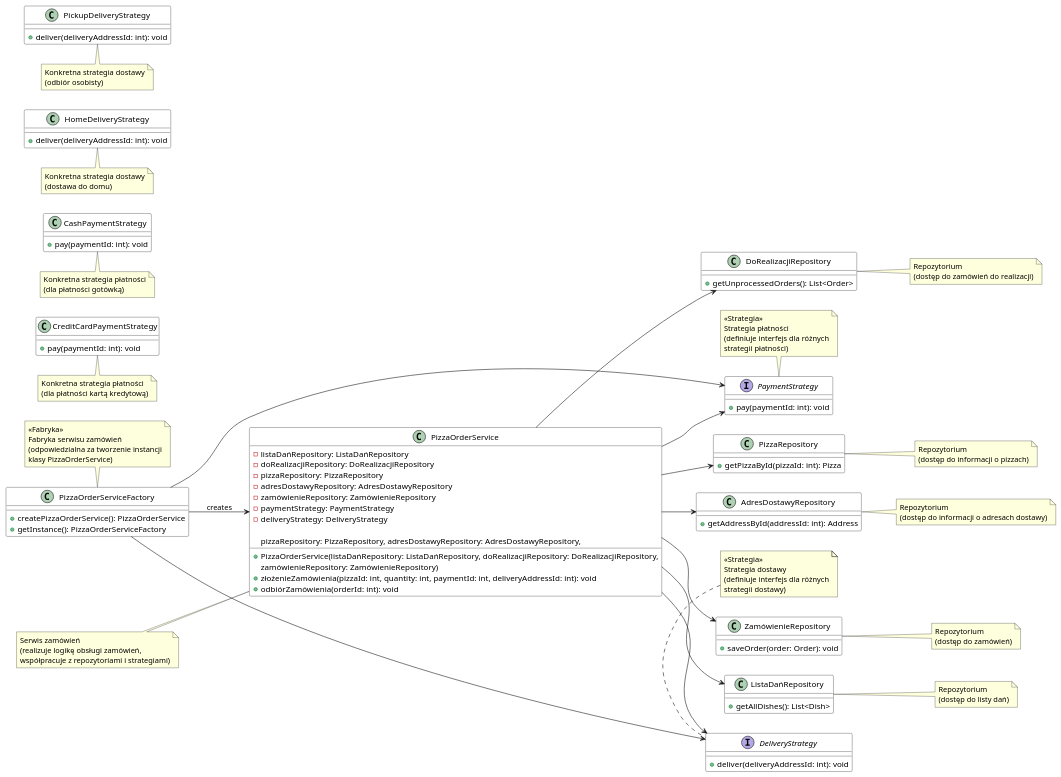
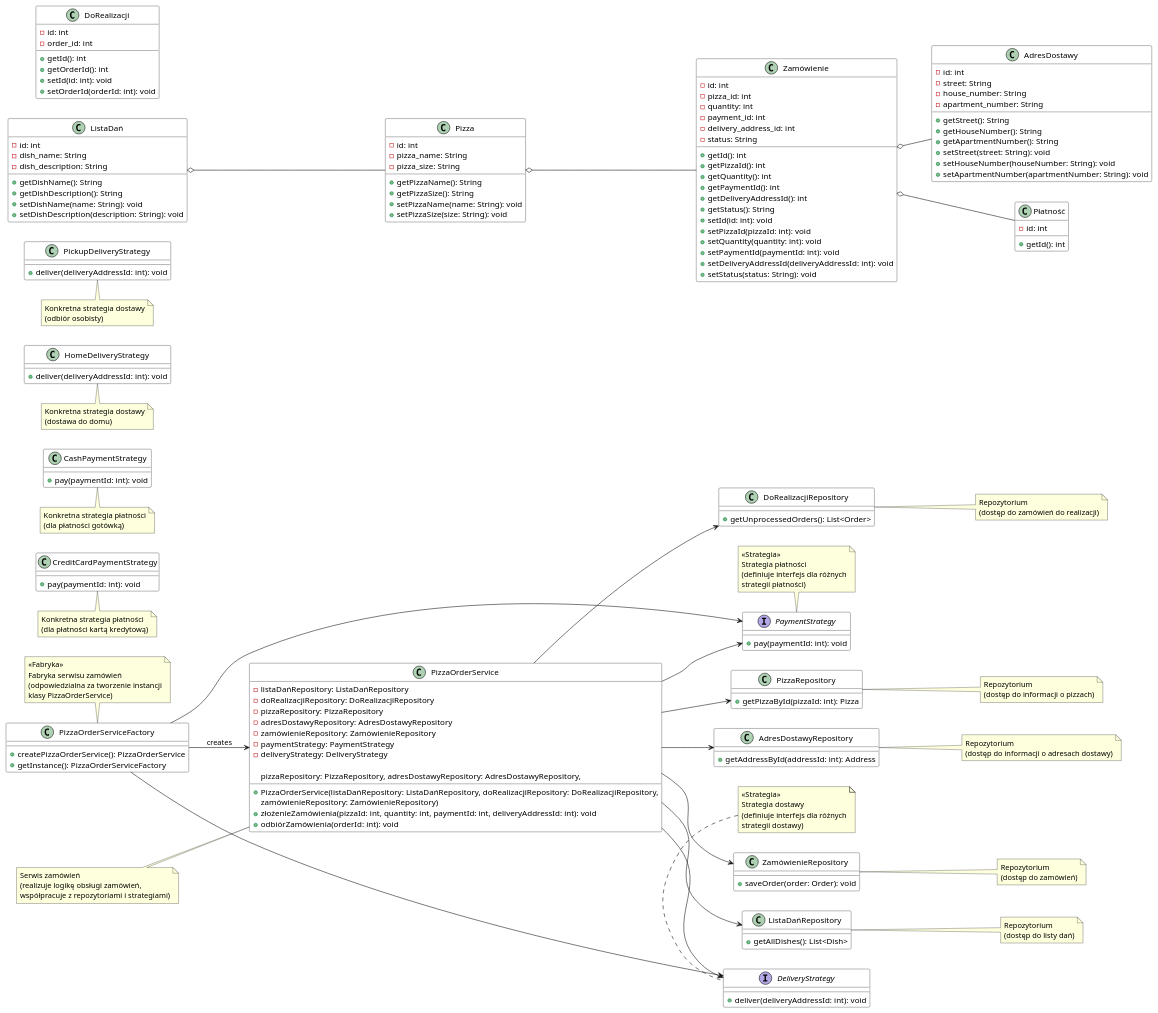
One commit to siudeks/alek-dev changed the diagram in alek-klasy.puml. Above: the diagram before and after it, drawn with PlantUML.

```diff
--- a/alek-klasy.puml
+++ b/alek-klasy.puml
@@ -78,108 +1,180 @@
 @startuml
+class ListaDań {
+  -id: int
+  -dish_name: String
+  -dish_description: String
+  +getDishName(): String
+  +getDishDescription(): String
+  +setDishName(name: String): void
+  +setDishDescription(description: String): void
+}
+
+class DoRealizacji {
+  -id: int
+  -order_id: int
+  +getId(): int
+  +getOrderId(): int
+  +setId(id: int): void
+  +setOrderId(orderId: int): void
+}
+
+class Pizza {
+  -id: int
+  -pizza_name: String
+  -pizza_size: String
+  +getPizzaName(): String
+  +getPizzaSize(): String
+  +setPizzaName(name: String): void
+  +setPizzaSize(size: String): void
+}
+
+class AdresDostawy {
+  -id: int
+  -street: String
+  -house_number: String
+  -apartment_number: String
+  +getStreet(): String
+  +getHouseNumber(): String
+  +getApartmentNumber(): String
+  +setStreet(street: String): void
+  +setHouseNumber(houseNumber: String): void
+  +setApartmentNumber(apartmentNumber: String): void
+}
+
+class Zamówienie {
+  -id: int
+  -pizza_id: int
+  -quantity: int
+  -payment_id: int
+  -delivery_address_id: int
+  -status: String
+  +getId(): int
+  +getPizzaId(): int
+  +getQuantity(): int
+  +getPaymentId(): int
+  +getDeliveryAddressId(): int
+  +getStatus(): String
+  +setId(id: int): void
+  +setPizzaId(pizzaId: int): void
+  +setQuantity(quantity: int): void
+  +setPaymentId(paymentId: int): void
+  +setDeliveryAddressId(deliveryAddressId: int): void
+  +setStatus(status: String): void
+}
+
+class Płatność {
+  -id: int
+  +getId(): int
+}
+
+ListaDań o-- Pizza
+Pizza o-- Zamówienie
+Zamówienie o-- AdresDostawy
+Zamówienie o-- Płatność
 
 skinparam class {
     BackgroundColor White
     BorderColor Black
 }
 
 left to right direction
 
 class PizzaOrderService {
   - listaDańRepository: ListaDańRepository
   - doRealizacjiRepository: DoRealizacjiRepository
   - pizzaRepository: PizzaRepository
   - adresDostawyRepository: AdresDostawyRepository
   - zamówienieRepository: ZamówienieRepository
   - paymentStrategy: PaymentStrategy
   - deliveryStrategy: DeliveryStrategy
 
   + PizzaOrderService(listaDańRepository: ListaDańRepository, doRealizacjiRepository: DoRealizacjiRepository,
                       pizzaRepository: PizzaRepository, adresDostawyRepository: AdresDostawyRepository,
                       zamówienieRepository: ZamówienieRepository)
   + złożenieZamówienia(pizzaId: int, quantity: int, paymentId: int, deliveryAddressId: int): void
   + odbiórZamówienia(orderId: int): void
 }
 
 class PizzaOrderServiceFactory {
   + createPizzaOrderService(): PizzaOrderService
 }
 
 class ListaDańRepository {
   + getAllDishes(): List<Dish>
 }
 
 class DoRealizacjiRepository {
   + getUnprocessedOrders(): List<Order>
 }
 
 class PizzaRepository {
   + getPizzaById(pizzaId: int): Pizza
 }
 
 class AdresDostawyRepository {
   + getAddressById(addressId: int): Address
 }
 
 class ZamówienieRepository {
   + saveOrder(order: Order): void
 }
 
 class PizzaOrderServiceFactory {
   + getInstance(): PizzaOrderServiceFactory
 }
 
 interface PaymentStrategy {
   + pay(paymentId: int): void
 }
 
 class CreditCardPaymentStrategy {
   + pay(paymentId: int): void
 }
 
 class CashPaymentStrategy {
   + pay(paymentId: int): void
 }
 
 interface DeliveryStrategy {
   + deliver(deliveryAddressId: int): void
 }
 
 class HomeDeliveryStrategy {
   + deliver(deliveryAddressId: int): void
 }
 
 class PickupDeliveryStrategy {
   + deliver(deliveryAddressId: int): void
 }
 
 PizzaOrderServiceFactory --> PizzaOrderService: creates
 
 PizzaOrderService --> ListaDańRepository
 PizzaOrderService --> DoRealizacjiRepository
 PizzaOrderService --> PizzaRepository
 PizzaOrderService --> AdresDostawyRepository
 PizzaOrderService --> ZamówienieRepository
 
 PizzaOrderServiceFactory --> PaymentStrategy
 PizzaOrderServiceFactory --> DeliveryStrategy
 
 PizzaOrderService --> PaymentStrategy
 PizzaOrderService --> DeliveryStrategy
 
 note top of PizzaOrderServiceFactory: <<Fabryka>>\nFabryka serwisu zamówień\n(odpowiedzialna za tworzenie instancji\nklasy PizzaOrderService)
 note top of PaymentStrategy: <<Strategia>>\nStrategia płatności\n(definiuje interfejs dla różnych\nstrategii płatności)
 note top of DeliveryStrategy: <<Strategia>>\nStrategia dostawy\n(definiuje interfejs dla różnych\nstrategii dostawy)
 note left of PizzaOrderService: Serwis zamówień\n(realizuje logikę obsługi zamówień,\nwspółpracuje z repozytoriami i strategiami)
 
 note bottom of CreditCardPaymentStrategy: Konkretna strategia płatności\n(dla płatności kartą kredytową)
 note bottom of CashPaymentStrategy: Konkretna strategia płatności\n(dla płatności gotówką)
 note bottom of HomeDeliveryStrategy: Konkretna strategia dostawy\n(dostawa do domu)
 note bottom of PickupDeliveryStrategy: Konkretna strategia dostawy\n(odbiór osobisty)
 
 note right of ListaDańRepository: Repozytorium\n(dostęp do listy dań)
 note right of DoRealizacjiRepository: Repozytorium\n(dostęp do zamówień do realizacji)
 note right of PizzaRepository: Repozytorium\n(dostęp do informacji o pizzach)
 note right of AdresDostawyRepository: Repozytorium\n(dostęp do informacji o adresach dostawy)
 note right of ZamówienieRepository: Repozytorium\n(dostęp do zamówień)
 
 @enduml
```
